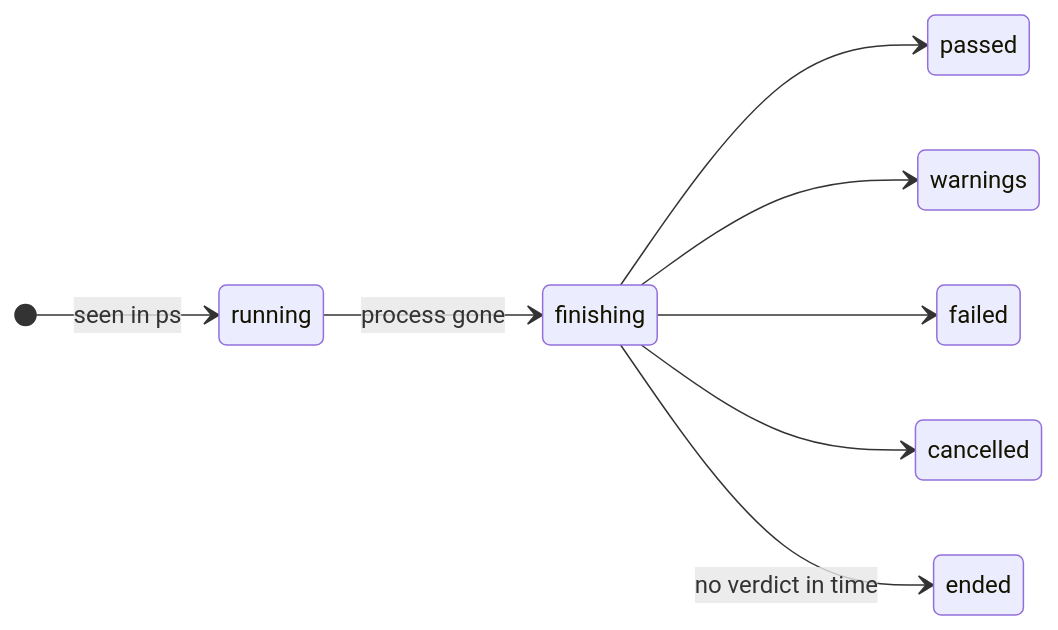
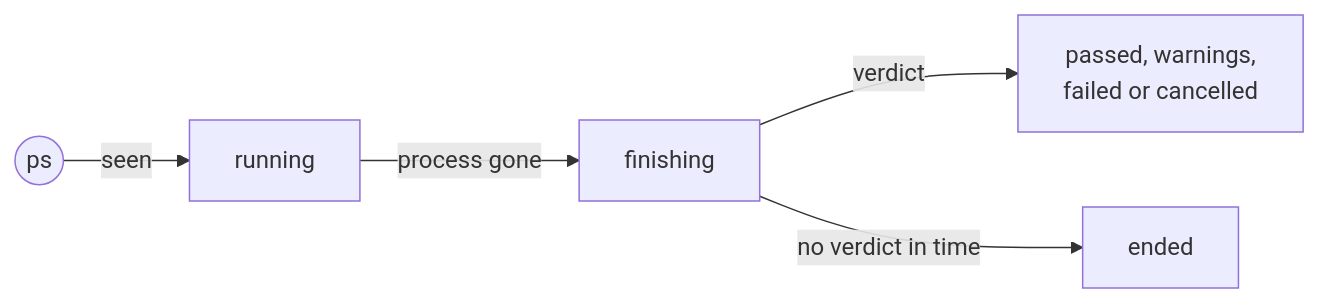
One commit to vburojevic/bb-plugin-xcode changed the diagram in README.md. Above: the diagram before and after it, drawn with Mermaid. The commit also changed other lines of this file, not shown here.

Commit message:
Fit the run lifecycle diagram to the page and fix the exec wording

````diff
--- a/README.md
+++ b/README.md
@@ -156,11 +156,7 @@
 ```mermaid
-stateDiagram-v2
-  direction LR
-  [*] --> running: seen in ps
-  running --> finishing: process gone
-  finishing --> passed
-  finishing --> warnings
-  finishing --> failed
-  finishing --> cancelled
-  finishing --> ended: no verdict in time
+flowchart LR
+  seen(("ps")) -- seen --> running
+  running -- process gone --> finishing
+  finishing -- verdict --> verdict["passed, warnings,<br>failed or cancelled"]
+  finishing -- no verdict in time --> ended
 ```
````
